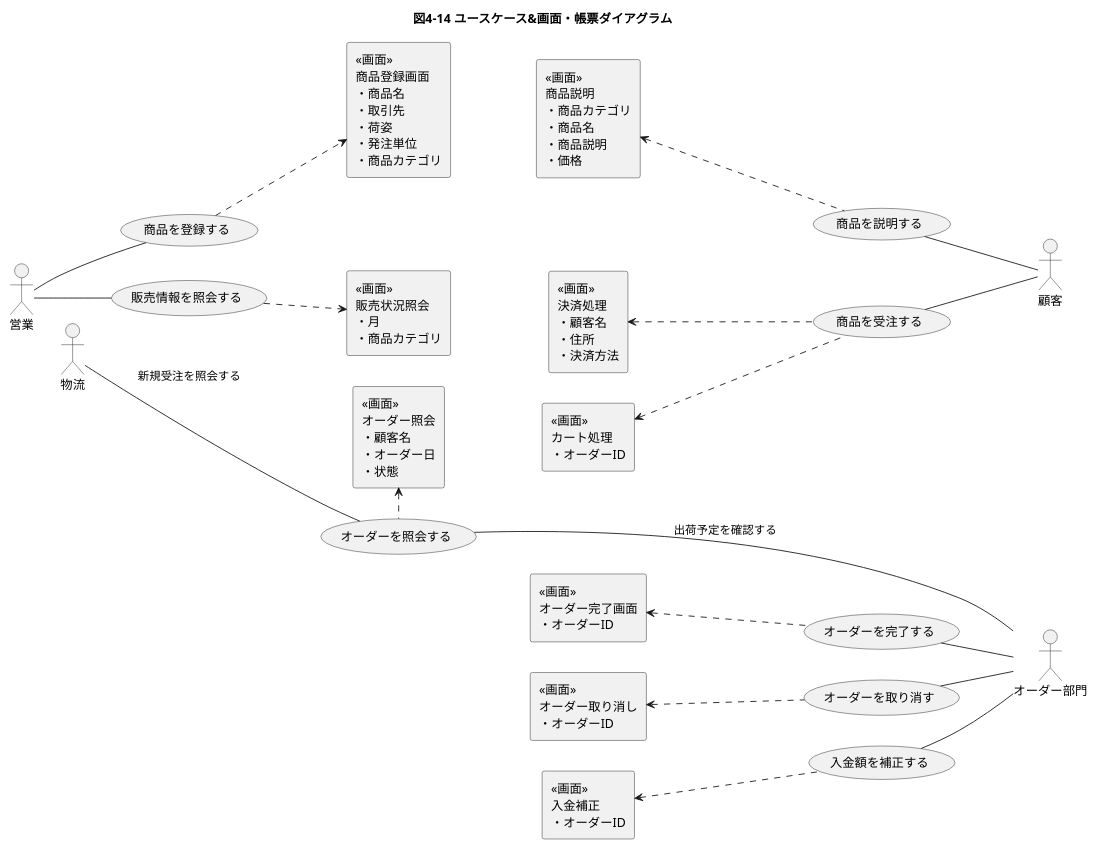
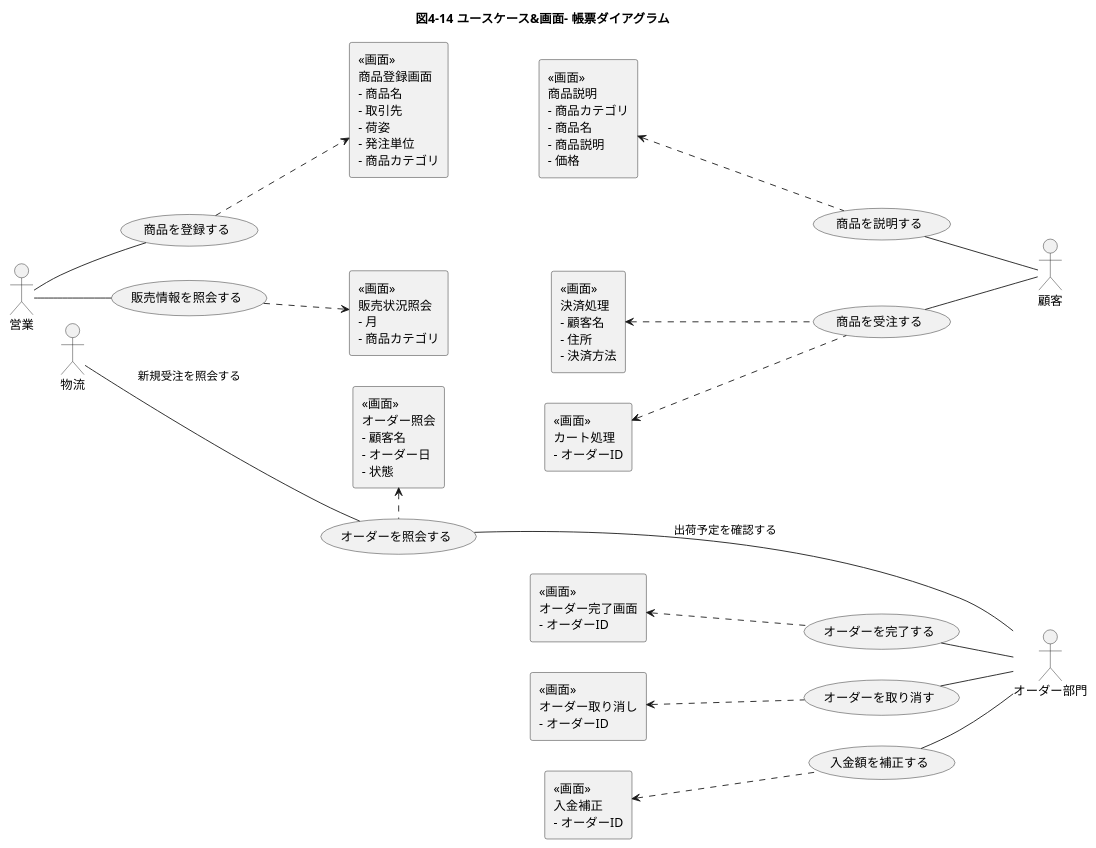
Before and after one commit to eyasuyuki/rdra-example: the diagram in chap04/4-15.puml, drawn with PlantUML. The commit also changed 16 other files, not shown here.

```diff
--- a/chap04/4-15.puml
+++ b/chap04/4-15.puml
@@ -1,55 +1,55 @@
 @startuml
 left to right direction
-title 図4-14 ユースケース&画面・帳票ダイアグラム
+title 図4-14 ユースケース&画面- 帳票ダイアグラム
 actor 物流 as A1
 actor 営業 as A2
 actor オーダー部門 as A3
 actor 顧客 as A4
 usecase オーダーを照会する as U1
 usecase 入金額を補正する as U2
 usecase オーダーを取り消す as U3
 usecase オーダーを完了する as U4
 usecase 商品を受注する as U5
 usecase 商品を説明する as U6
 usecase 商品を登録する as U7
 usecase 販売情報を照会する as U8
-rectangle "<<画面>>\nオーダー照会\n・顧客名\n・オーダー日\n・状態" as R1
-rectangle "<<画面>>\n入金補正\n・オーダーID" as R2
-rectangle "<<画面>>\nオーダー取り消し\n・オーダーID" as R3
-rectangle "<<画面>>\nオーダー完了画面\n・オーダーID" as R4
-rectangle "<<画面>>\nカート処理\n・オーダーID" as R5
-rectangle "<<画面>>\n決済処理\n・顧客名\n・住所\n・決済方法" as R6
-rectangle "<<画面>>\n商品説明\n・商品カテゴリ\n・商品名\n・商品説明\n・価格" as R7
-rectangle "<<画面>>\n商品登録画面\n・商品名\n・取引先\n・荷姿\n・発注単位\n・商品カテゴリ" as R8
-rectangle "<<画面>>\n販売状況照会\n・月\n・商品カテゴリ" as R9
+rectangle "<<画面>>\nオーダー照会\n- 顧客名\n- オーダー日\n- 状態" as R1
+rectangle "<<画面>>\n入金補正\n- オーダーID" as R2
+rectangle "<<画面>>\nオーダー取り消し\n- オーダーID" as R3
+rectangle "<<画面>>\nオーダー完了画面\n- オーダーID" as R4
+rectangle "<<画面>>\nカート処理\n- オーダーID" as R5
+rectangle "<<画面>>\n決済処理\n- 顧客名\n- 住所\n- 決済方法" as R6
+rectangle "<<画面>>\n商品説明\n- 商品カテゴリ\n- 商品名\n- 商品説明\n- 価格" as R7
+rectangle "<<画面>>\n商品登録画面\n- 商品名\n- 取引先\n- 荷姿\n- 発注単位\n- 商品カテゴリ" as R8
+rectangle "<<画面>>\n販売状況照会\n- 月\n- 商品カテゴリ" as R9
 R2 <.. U2
 U2 -- A3
 R3 <.. U3
 U3 -- A3
 R1 <.right. U1
 A1 -- U1: 新規受注を照会する
 U1 -- A3: 出荷予定を確認する
 R4 <.. U4
 U4 -- A3
 U4 -[hidden]right- U3
 U3 -[hidden]right- U2
 A2 -- U8
 A2 -[hidden]right- A1
 U8 .down.> R9
 A2 -- U7
 U7 -[hidden]right- U8
 U7 .down.> R8
 R8 -[hidden]right- R9
 R8 -[hidden]- R7
 R7 -[hidden]right- R5
 R9 -[hidden]- R5
 R9 -[hidden]right- R1
 U7 -[hidden]- U6
 R7 <.. U6
 R5 <.. U5
 R5 -[hidden]right- R6
 R6 -[hidden]right- R4
 R6 <.. U5
 U6 -- A4
 U5 -- A4
 @enduml
```
